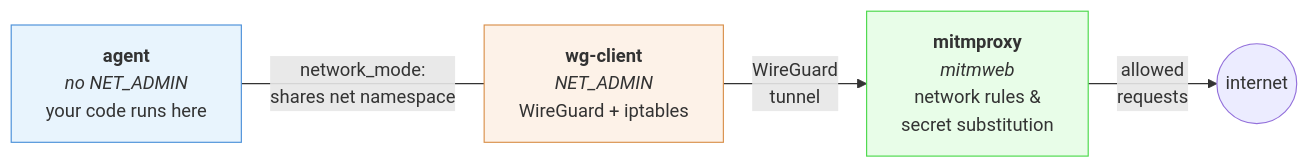
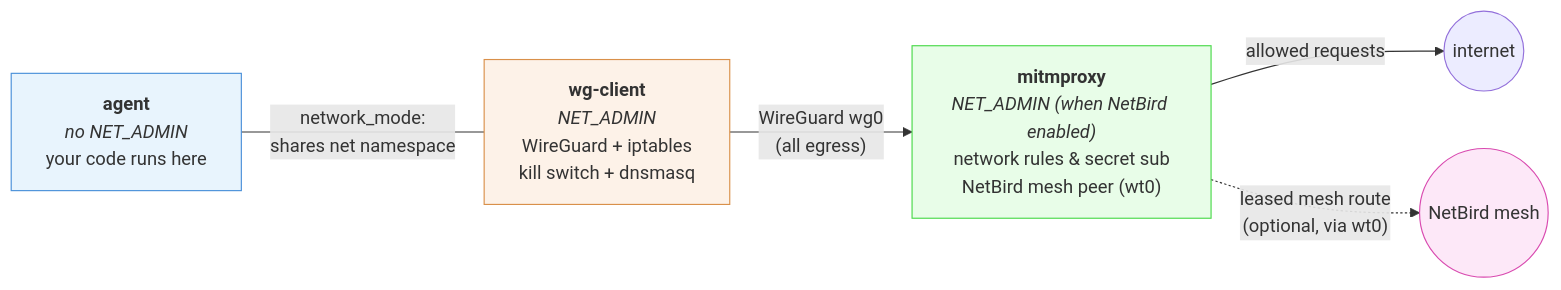
One commit to VirtusLab/sandcat changed the first of 3 diagrams in README.md. Above: the diagram before and after it, drawn with Mermaid. The commit also changed other lines of this file and 41 other files, not shown here.

First line of the commit message:
feat(cli): run NetBird on mitmproxy and bridge mesh DNS to the agent

````diff
--- a/README.md
+++ b/README.md
@@ -592,15 +592,18 @@
 ```mermaid
 flowchart LR
     agent["<b>agent</b><br/><i>no NET_ADMIN</i><br/>your code runs here"]
-    wg["<b>wg-client</b><br/><i>NET_ADMIN</i><br/>WireGuard + iptables"]
-    mitm["<b>mitmproxy</b><br/><i>mitmweb</i><br/>network rules &amp;<br/>secret substitution"]
+    wg["<b>wg-client</b><br/><i>NET_ADMIN</i><br/>WireGuard + iptables<br/>kill switch + dnsmasq"]
+    mitm["<b>mitmproxy</b><br/><i>NET_ADMIN (when NetBird enabled)</i><br/>network rules &amp; secret sub<br/>NetBird mesh peer (wt0)"]
     inet(("internet"))
+    mesh(("NetBird mesh"))
 
     agent -- "network_mode:<br/>shares net namespace" --- wg
-    wg -- "WireGuard<br/>tunnel" --> mitm
-    mitm -- "allowed<br/>requests" --> inet
+    wg -- "WireGuard wg0<br/>(all egress)" --> mitm
+    mitm -- "allowed requests" --> inet
+    mitm -. "leased mesh route<br/>(optional, via wt0)" .-> mesh
 
     style agent fill:#e8f4fd,stroke:#4a90d9
     style wg fill:#fdf2e8,stroke:#d9904a
     style mitm fill:#e8fde8,stroke:#4ad94a
+    style mesh fill:#fde8f8,stroke:#d94ab0
 ```
````
